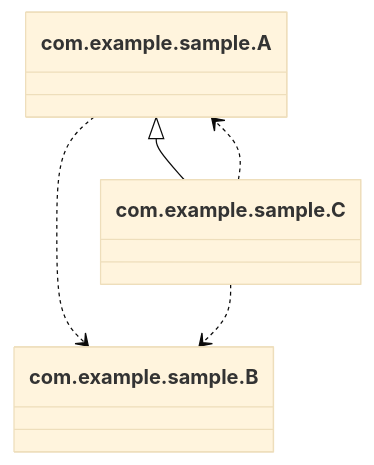
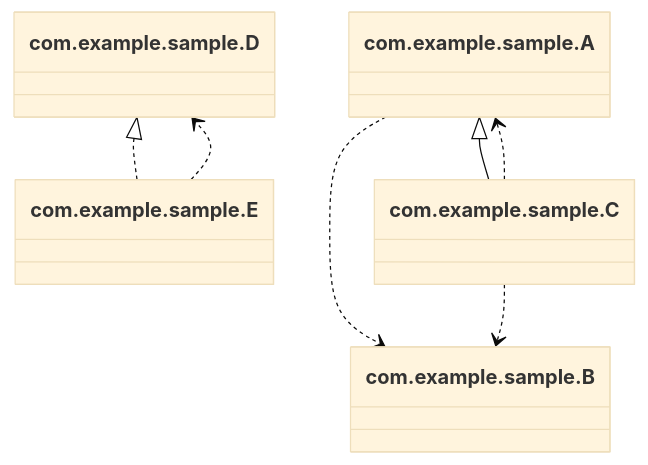
Before and after one commit to euledge/code-atlas: the diagram in sample-project/docs/diagrams/class-diagram.mmd, drawn with Mermaid (base theme). The commit also changed 2 other files, not shown here.

Commit message:
add interface-implements sample

```diff
--- a/sample-project/docs/diagrams/class-diagram.mmd
+++ b/sample-project/docs/diagrams/class-diagram.mmd
@@ -1,8 +1,12 @@
 classDiagram
     class com.example.sample.B
     class com.example.sample.A
     com.example.sample.A ..> com.example.sample.B
+    class com.example.sample.D
     class com.example.sample.C
     com.example.sample.A <|-- com.example.sample.C
     com.example.sample.C ..> com.example.sample.B
     com.example.sample.C ..> com.example.sample.A
+    class com.example.sample.E
+    com.example.sample.D <|.. com.example.sample.E
+    com.example.sample.E ..> com.example.sample.D
```
